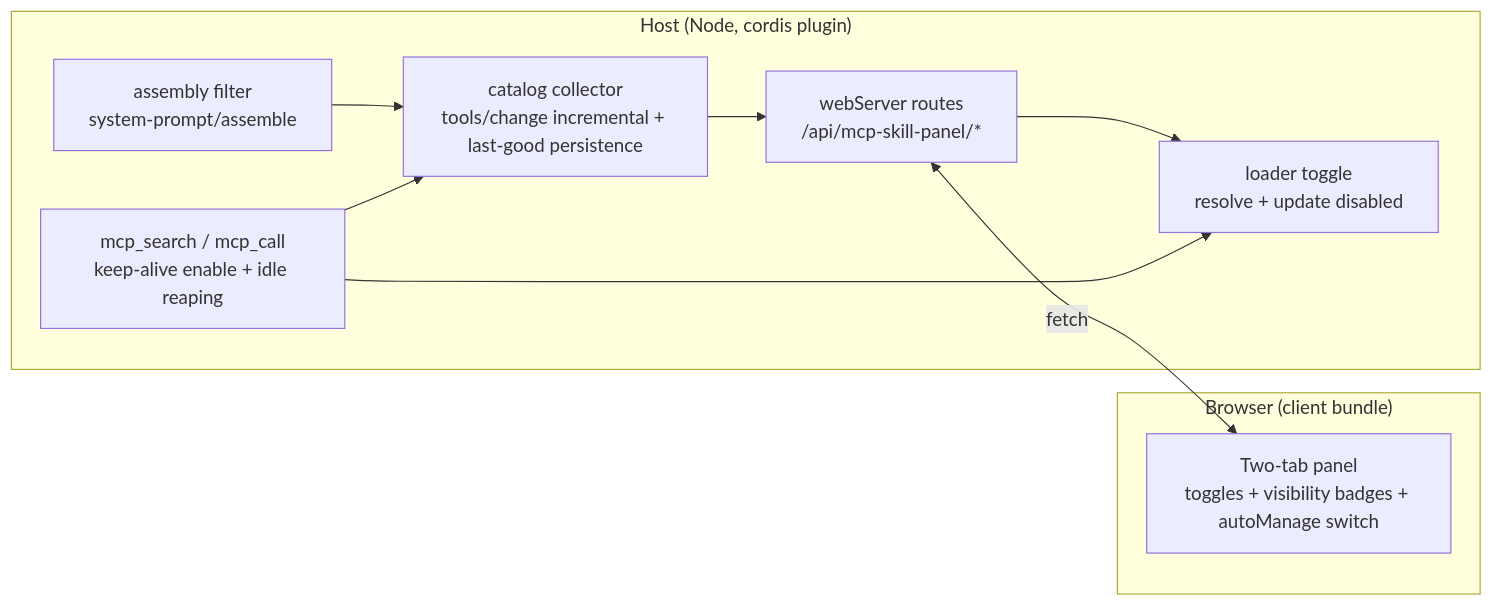
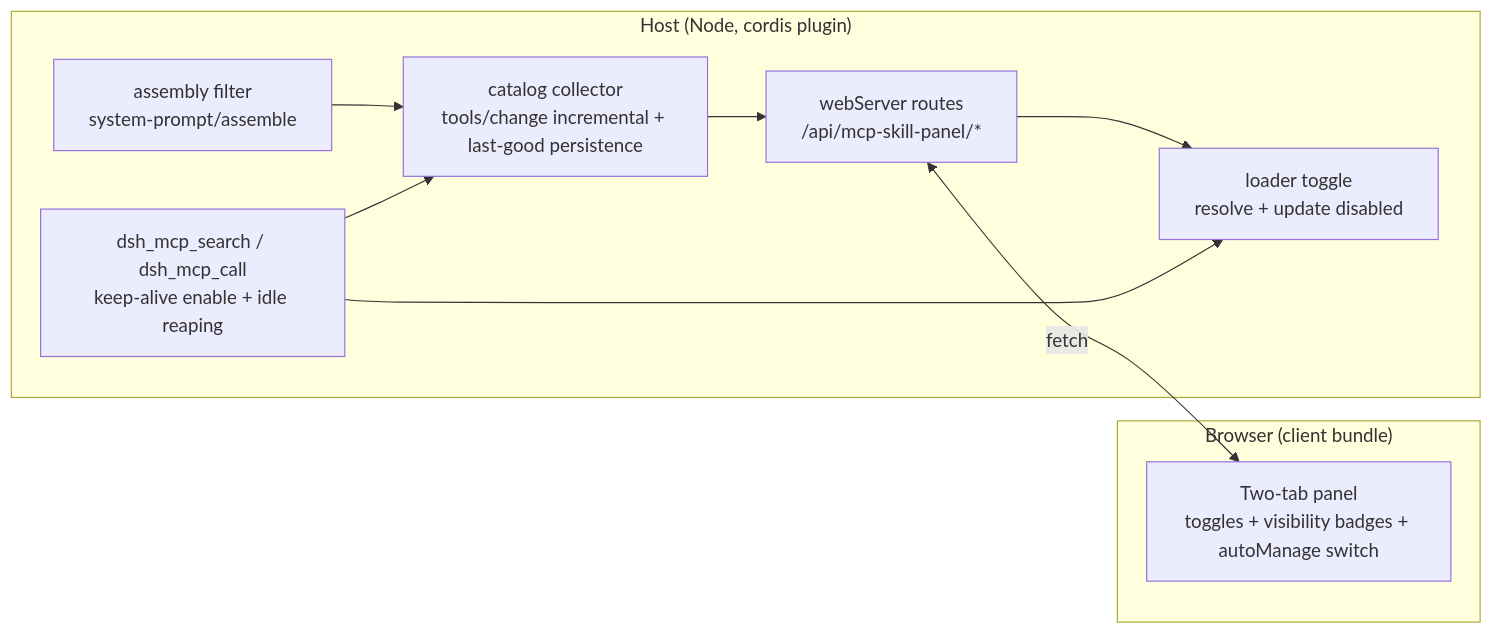
One commit to lilyblessing/dsh-mcp-skill-panel changed the third of 4 diagrams in README.en.md. Above: the diagram before and after it, drawn with Mermaid. The commit also changed other lines of this file and 71 other files, not shown here.

````diff
--- a/README.en.md
+++ b/README.en.md
@@ -113,19 +182,19 @@
 ```mermaid
 flowchart LR
     subgraph Host["Host (Node, cordis plugin)"]
         R[webServer routes<br/>/api/mcp-skill-panel/*]
         C[catalog collector<br/>tools/change incremental + last-good persistence]
         L[loader toggle<br/>resolve + update disabled]
         F[assembly filter<br/>system-prompt/assemble]
-        T[mcp_search / mcp_call<br/>keep-alive enable + idle reaping]
+        T[dsh_mcp_search / dsh_mcp_call<br/>keep-alive enable + idle reaping]
         R --> L
         C --> R
         F --> C
         T --> C
         T --> L
     end
     subgraph Browser["Browser (client bundle)"]
         P[Two-tab panel<br/>toggles + visibility badges + autoManage switch]
     end
     R <--fetch--> P
 ```
````
